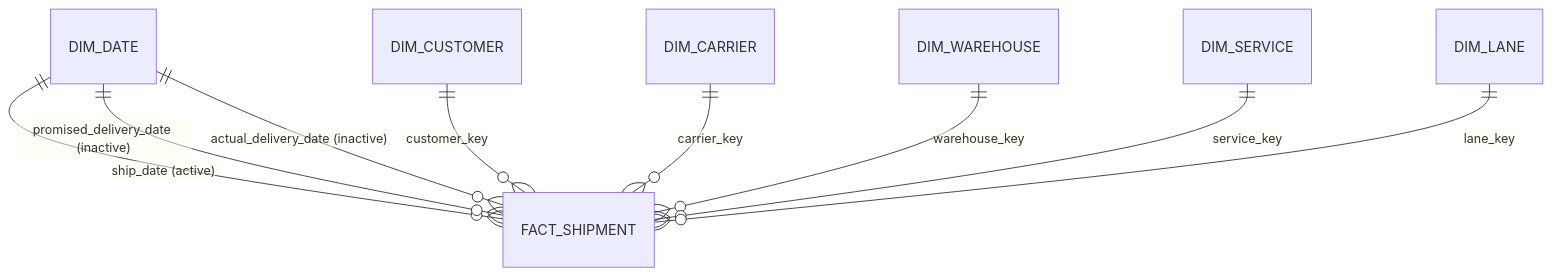
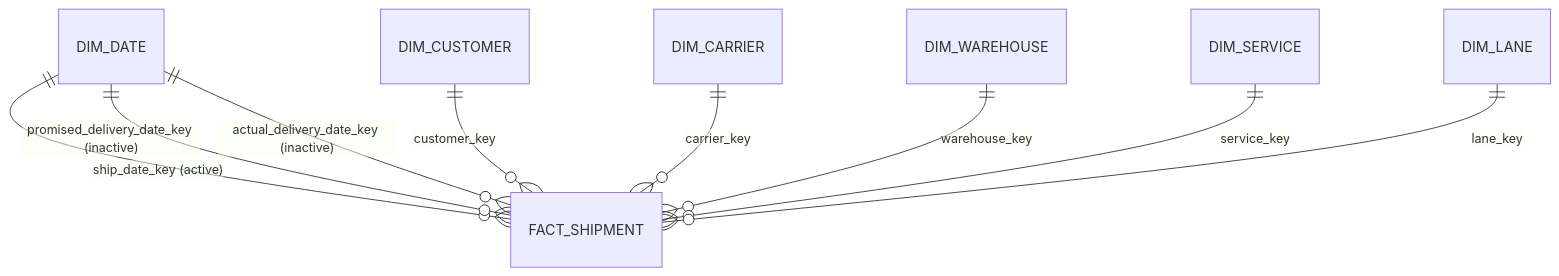
The diagram in powerbi/MODEL_SPEC.md (Akshith597/logistics-control-tower), drawn with Mermaid before and after one commit. The commit also changed other lines of this file and 16 other files, not shown here.

````diff
--- a/powerbi/MODEL_SPEC.md
+++ b/powerbi/MODEL_SPEC.md
@@ -5,11 +5,11 @@
 ```mermaid
 erDiagram
-    DIM_DATE ||--o{ FACT_SHIPMENT : "ship_date (active)"
-    DIM_DATE ||--o{ FACT_SHIPMENT : "promised_delivery_date (inactive)"
-    DIM_DATE ||--o{ FACT_SHIPMENT : "actual_delivery_date (inactive)"
+    DIM_DATE ||--o{ FACT_SHIPMENT : "ship_date_key (active)"
+    DIM_DATE ||--o{ FACT_SHIPMENT : "promised_delivery_date_key (inactive)"
+    DIM_DATE ||--o{ FACT_SHIPMENT : "actual_delivery_date_key (inactive)"
     DIM_CUSTOMER ||--o{ FACT_SHIPMENT : customer_key
     DIM_CARRIER ||--o{ FACT_SHIPMENT : carrier_key
     DIM_WAREHOUSE ||--o{ FACT_SHIPMENT : warehouse_key
     DIM_SERVICE ||--o{ FACT_SHIPMENT : service_key
     DIM_LANE ||--o{ FACT_SHIPMENT : lane_key
 ```
````
